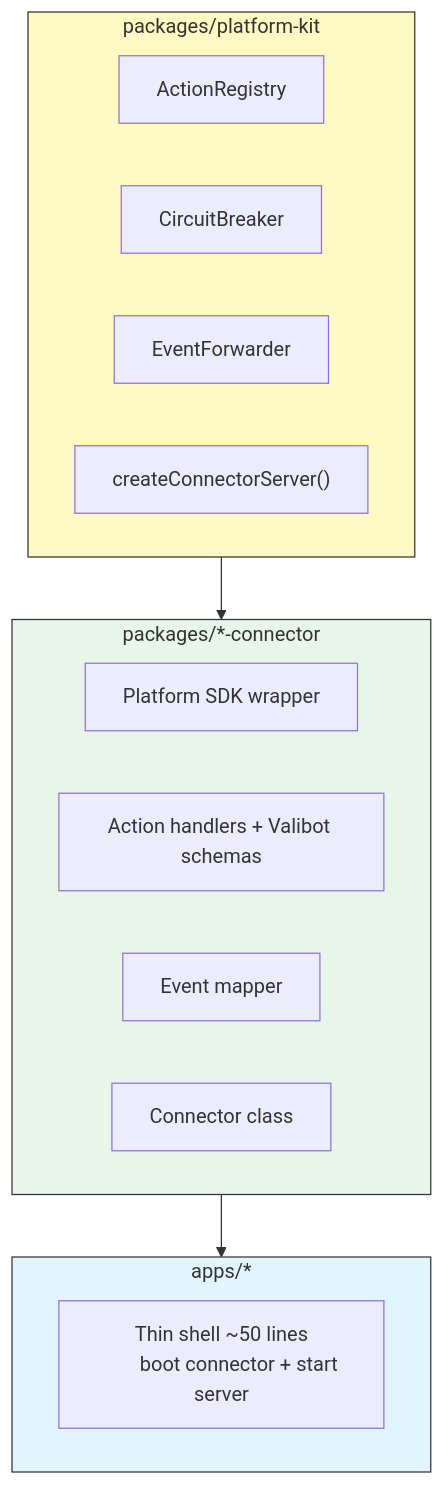
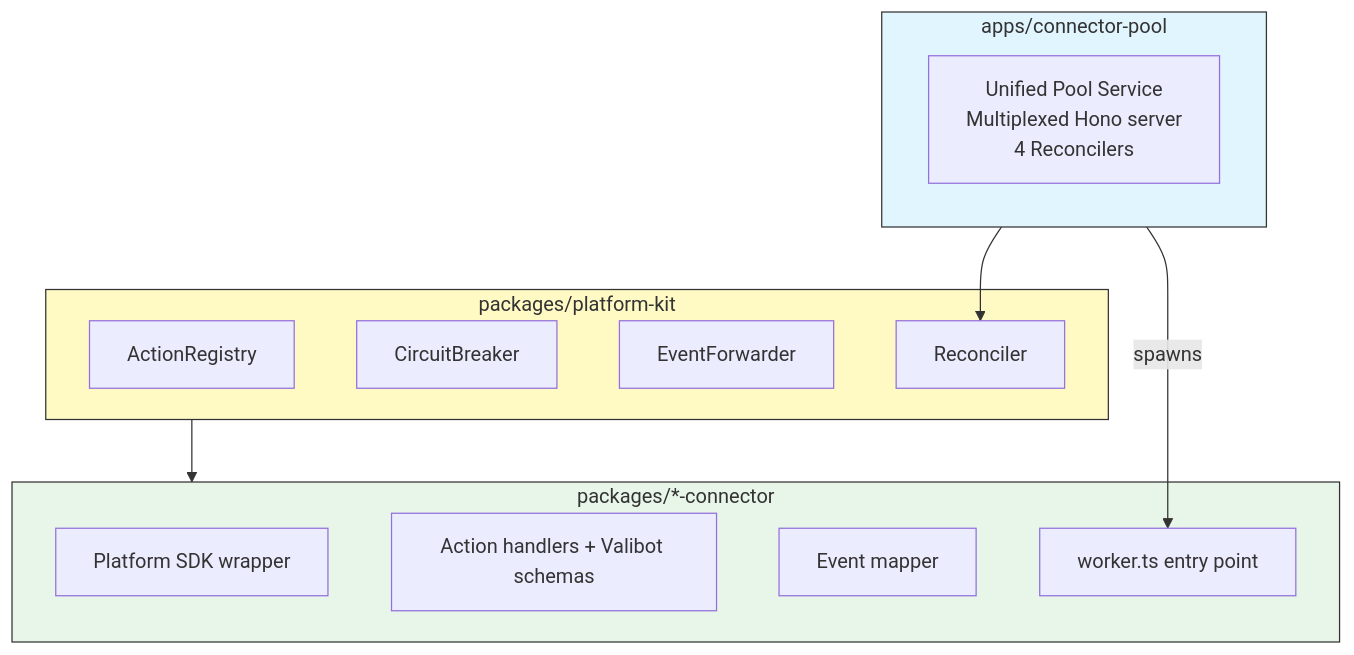
The second of 9 diagrams in README.md (kolezka/flowbot), drawn with Mermaid before and after one commit. The commit also changed other lines of this file and 1 other file, not shown here.

First line of the commit message:
docs: update README and system-design for unified connector pool

````diff
--- a/README.md
+++ b/README.md
@@ -100,27 +103,30 @@
 ```mermaid
 graph TB
     subgraph Layer1["packages/platform-kit"]
         AR["ActionRegistry"]
         CB["CircuitBreaker"]
         EF["EventForwarder"]
-        SF["createConnectorServer()"]
+        REC["Reconciler"]
     end
 
     subgraph Layer2["packages/*-connector"]
         SDK["Platform SDK wrapper"]
         ACT["Action handlers + Valibot schemas"]
         EVT["Event mapper"]
-        CON["Connector class"]
+        WRK["worker.ts entry point"]
     end
 
-    subgraph Layer3["apps/*"]
-        SHELL["Thin shell ~50 lines
-        boot connector + start server"]
+    subgraph Layer3["apps/connector-pool"]
+        POOL["Unified Pool Service
+        Multiplexed Hono server
+        4 Reconcilers"]
     end
 
-    Layer1 --> Layer2 --> Layer3
+    Layer1 --> Layer2
+    Layer3 -->|spawns| WRK
+    Layer3 --> REC
 
     style Layer1 fill:#fff9c4,stroke:#333
     style Layer2 fill:#e8f5e9,stroke:#333
     style Layer3 fill:#e1f5fe,stroke:#333
 ```
````
